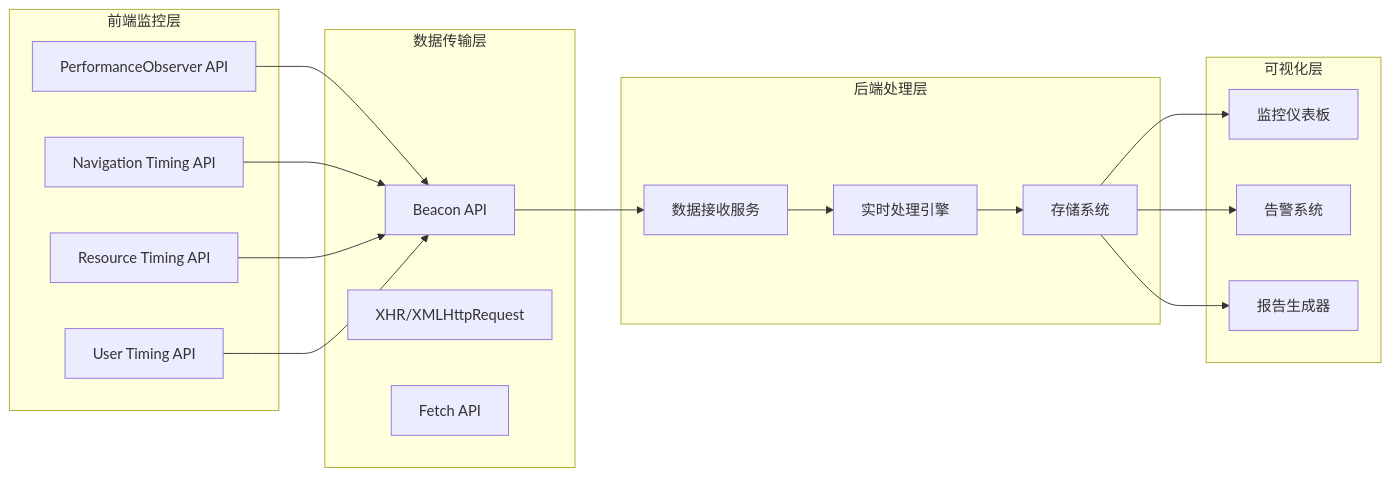
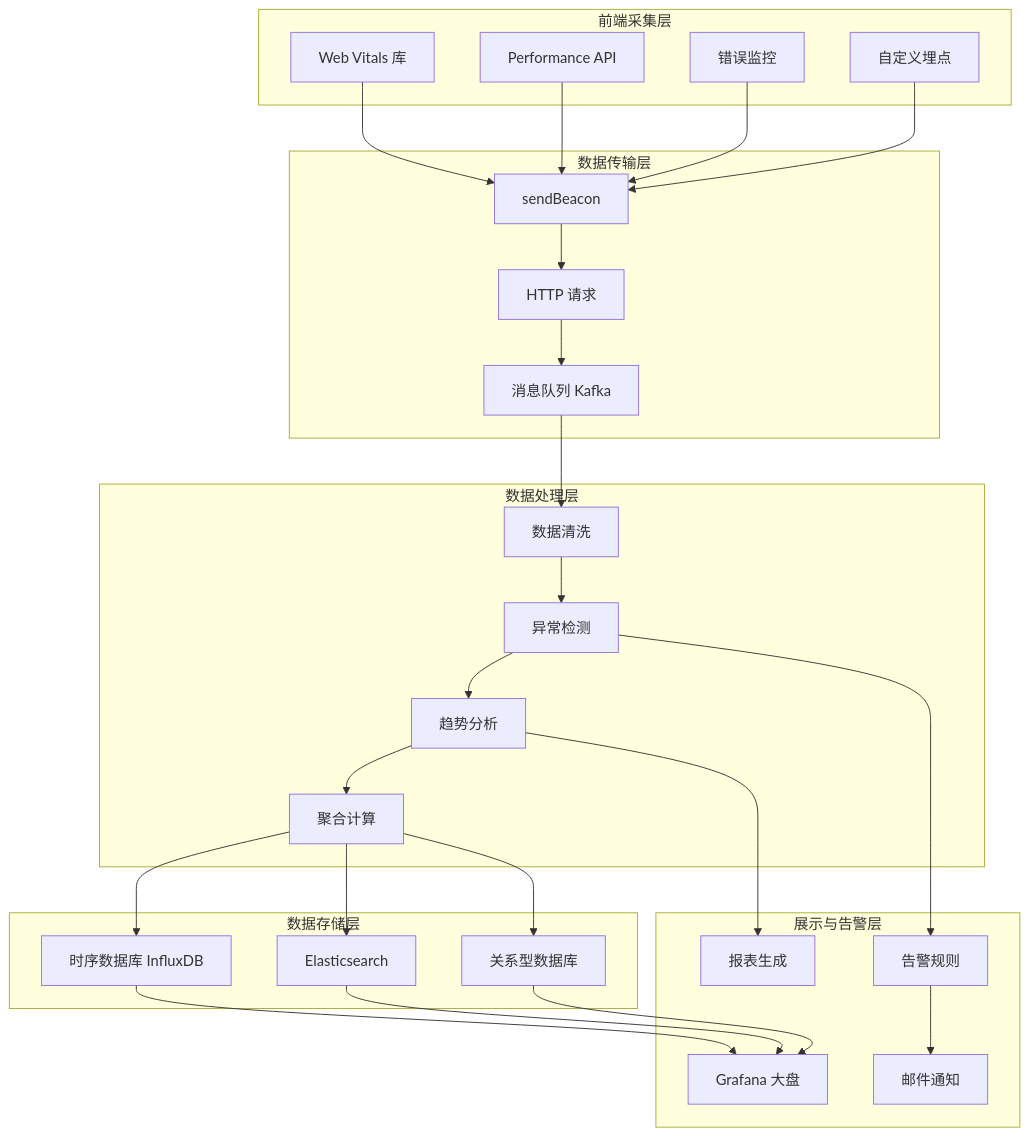
The second of 9 diagrams in .qoder/repowiki/zh/content/前端性能优化/性能监控.md (UnicornXU/knowledge-base), drawn with Mermaid before and after one commit. The commit also changed other lines of this file and 8 other files, not shown here.

````diff
--- a/.qoder/repowiki/zh/content/前端性能优化/性能监控.md
+++ b/.qoder/repowiki/zh/content/前端性能优化/性能监控.md
@@ -105,34 +100,50 @@
 ```mermaid
-graph LR
-subgraph "前端监控层"
-A[PerformanceObserver API]
-B[Navigation Timing API]
-C[Resource Timing API]
-D[User Timing API]
+graph TB
+subgraph "前端采集层"
+A[Web Vitals 库]
+B[Performance API]
+C[错误监控]
+D[自定义埋点]
 end
 subgraph "数据传输层"
-E[Beacon API]
-F[XHR/XMLHttpRequest]
-G[Fetch API]
+E[sendBeacon]
+F[HTTP 请求]
+G[消息队列 Kafka]
 end
-subgraph "后端处理层"
-H[数据接收服务]
-I[实时处理引擎]
-J[存储系统]
+subgraph "数据处理层"
+H[数据清洗]
+I[异常检测]
+J[趋势分析]
+K[聚合计算]
 end
-subgraph "可视化层"
-K[监控仪表板]
-L[告警系统]
-M[报告生成器]
+subgraph "数据存储层"
+L[时序数据库 InfluxDB]
+M[Elasticsearch]
+N[关系型数据库]
+end
+subgraph "展示与告警层"
+O[Grafana 大盘]
+P[告警规则]
+Q[报表生成]
+R[邮件通知]
 end
 A --> E
 B --> E
 C --> E
 D --> E
-E --> H
+E --> F
+F --> G
+G --> H
 H --> I
 I --> J
 J --> K
-J --> L
-J --> M
+K --> L
+K --> M
+K --> N
+L --> O
+M --> O
+N --> O
+I --> P
+J --> Q
+P --> R
 ```
````
